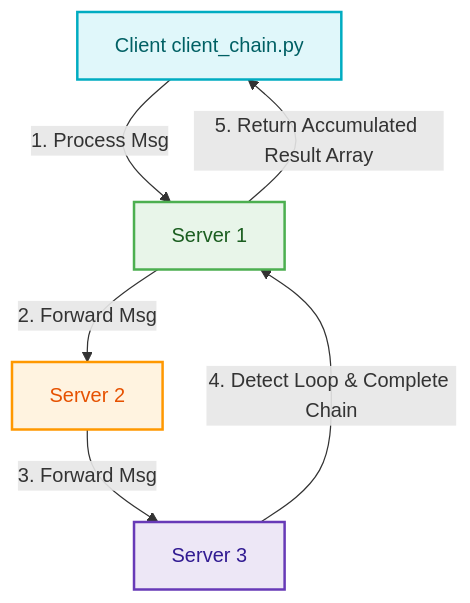
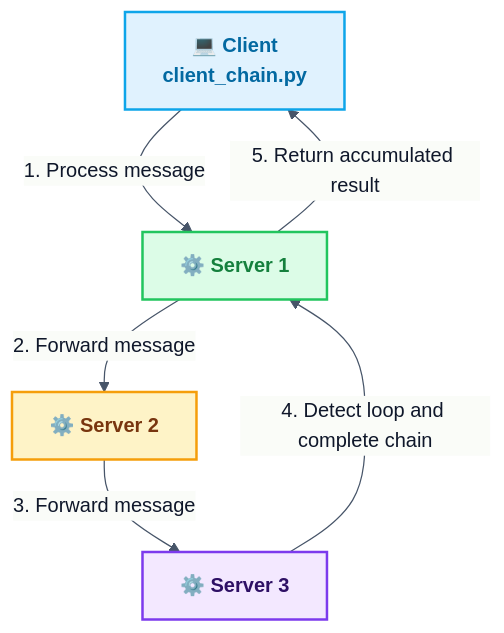
One commit to RameenAnwar/PDC-SP26-SE changed the eighth of 8 diagrams in SyedMuhammadHuzaifaAshrafi-(23FA-035-SE)/Chapter06/README.md. Above: the diagram before and after it, drawn with Mermaid. The commit also changed other lines of this file and 5 other files, not shown here.

````diff
--- a/SyedMuhammadHuzaifaAshrafi-(23FA-035-SE)/Chapter06/README.md
+++ b/SyedMuhammadHuzaifaAshrafi-(23FA-035-SE)/Chapter06/README.md
@@ -453,18 +297,20 @@
 ```mermaid
-graph TD
-    classDef clClass fill:#E0F7FA,stroke:#00ACC1,stroke-width:2px,color:#006064;
-    classDef s1Class fill:#E8F5E9,stroke:#4CAF50,stroke-width:2px,color:#1B5E20;
-    classDef s2Class fill:#FFF3E0,stroke:#FF9800,stroke-width:2px,color:#E65100;
-    classDef s3Class fill:#EDE7F6,stroke:#673AB7,stroke-width:2px,color:#311B92;
+%%{init: {'theme': 'base', 'themeVariables': { 'lineColor': '#475569', 'primaryColor': '#f8fafc', 'primaryTextColor': '#0f172a', 'primaryBorderColor': '#cbd5e1' }}}%%
+flowchart TD
+    %% Premium Chain Topology
+    classDef clClass fill:#e0f2fe,stroke:#0ea5e9,stroke-width:2px,color:#0369a1,font-weight:bold
+    classDef s1Class fill:#dcfce7,stroke:#22c55e,stroke-width:2px,color:#15803d,font-weight:bold
+    classDef s2Class fill:#fef3c7,stroke:#f59e0b,stroke-width:2px,color:#78350f,font-weight:bold
+    classDef s3Class fill:#f3e8ff,stroke:#7c3aed,stroke-width:2px,color:#2e1065,font-weight:bold
 
-    Client[Client client_chain.py] -->|1. Process Msg| Server1[Server 1]
-    Server1 -->|2. Forward Msg| Server2[Server 2]
-    Server2 -->|3. Forward Msg| Server3[Server 3]
-    Server3 -->|4. Detect Loop & Complete Chain| Server1
-    Server1 -->|5. Return Accumulated Result Array| Client
+    Client["💻 Client <br> client_chain.py"] -->|"1. Process message"| Server1["⚙️ Server 1"]
+    Server1 -->|"2. Forward message"| Server2["⚙️ Server 2"]
+    Server2 -->|"3. Forward message"| Server3["⚙️ Server 3"]
+    Server3 -->|"4. Detect loop and complete chain"| Server1
+    Server1 -->|"5. Return accumulated result"| Client
 
     class Client clClass;
     class Server1 s1Class;
     class Server2 s2Class;
     class Server3 s3Class;
 ```
````
